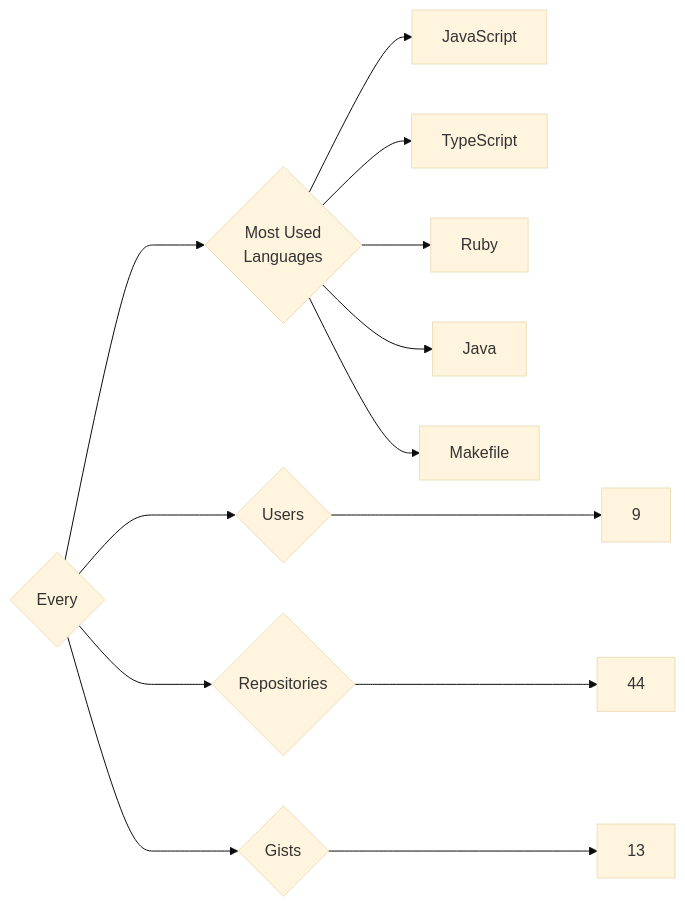
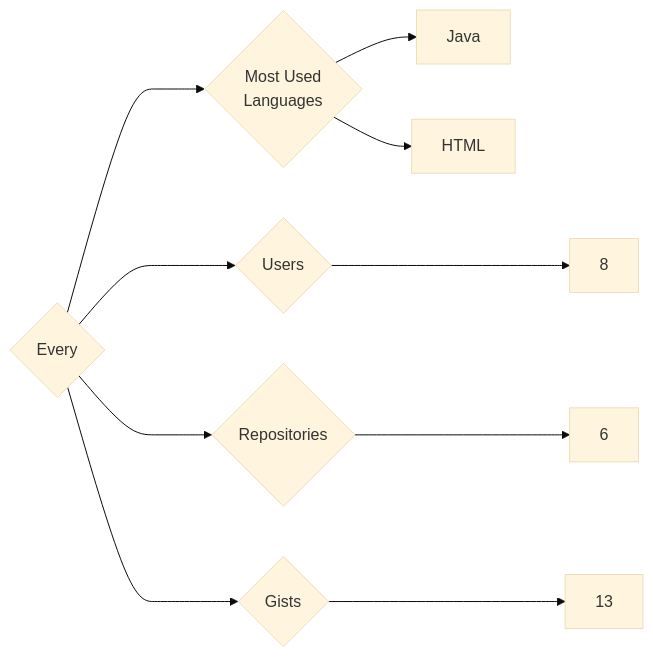
Before and after one commit to trickest/insiders: the diagram in targets/Every/README.md, drawn with Mermaid (base theme). The commit also changed 988 other files, not shown here.

````diff
--- a/targets/Every/README.md
+++ b/targets/Every/README.md
@@ -3,13 +3,10 @@
 ```mermaid
 graph LR
 COMPANY_NAME{Every}
-COMPANY_NAME ---> U{Users} ---> UN[9]
-COMPANY_NAME ---> R{Repositories} ---> RN[44]
+COMPANY_NAME ---> U{Users} ---> UN[8]
+COMPANY_NAME ---> R{Repositories} ---> RN[6]
 COMPANY_NAME ---> G{Gists} ---> GN[13]
 COMPANY_NAME ---> ML{Most Used<br>Languages}
-ML --> JavaScript[JavaScript]
-ML --> TypeScript[TypeScript]
-ML --> Ruby[Ruby]
 ML --> Java[Java]
-ML --> Makefile[Makefile]
+ML --> HTML[HTML]
 ```
````
